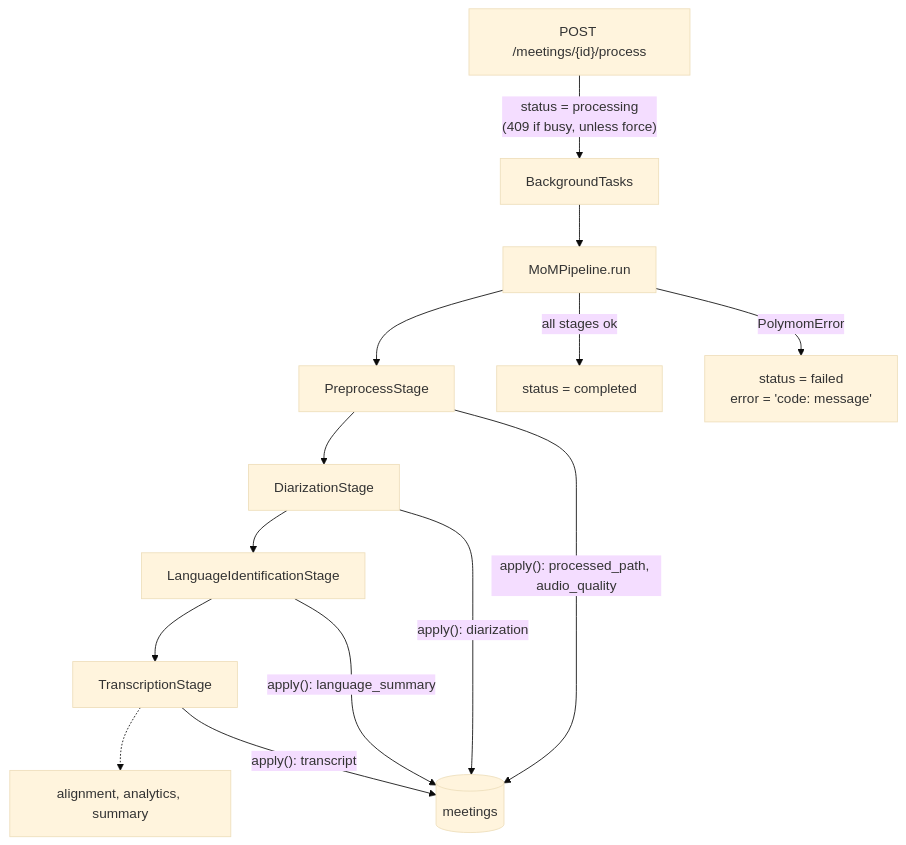
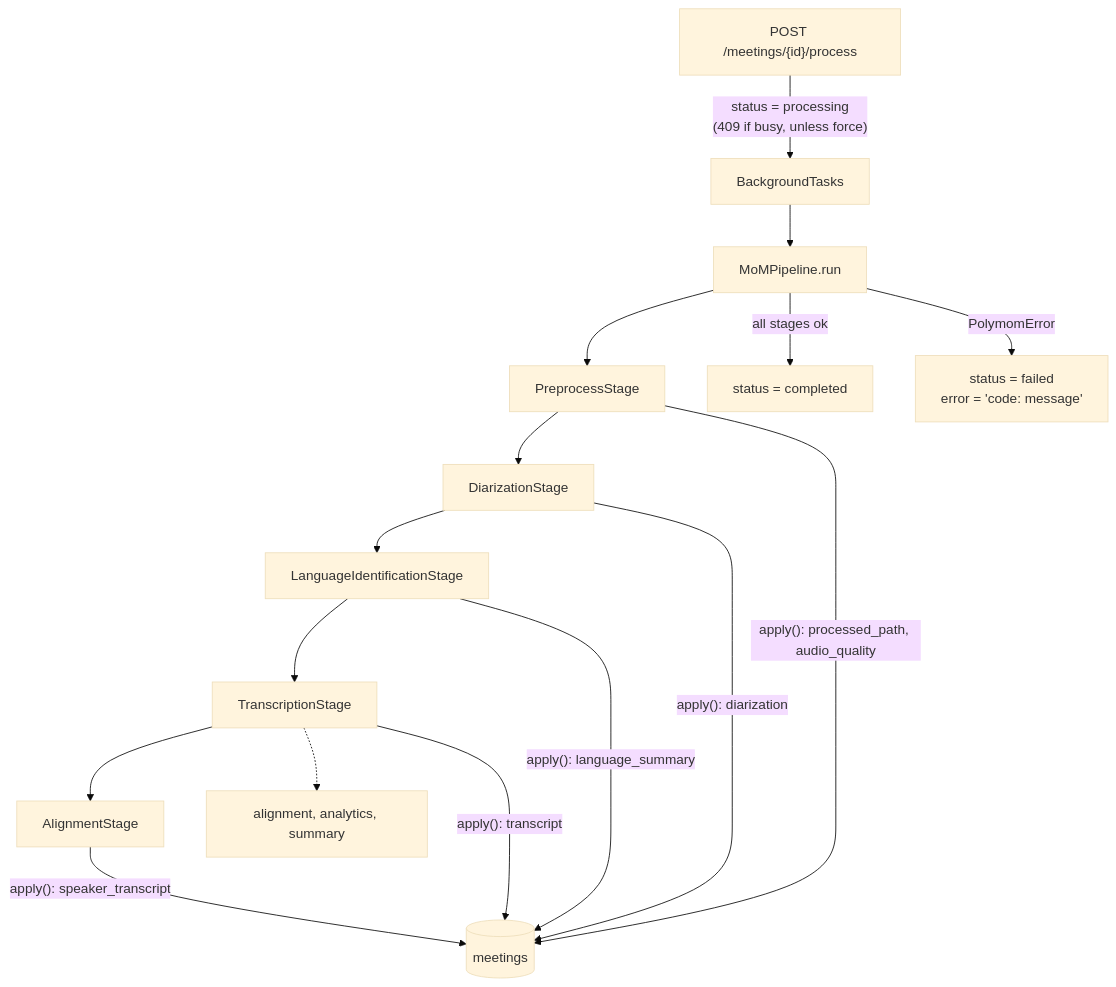
Before and after one commit to PrayasPanda/polymom: the second of 5 diagrams in README.md, drawn with Mermaid (base theme). The commit also changed other lines of this file and 23 other files, not shown here.

First line of the commit message:
Feat/speaker transcript alignment (#7)

````diff
--- a/README.md
+++ b/README.md
@@ -184,16 +187,18 @@
 ```mermaid
 flowchart TD
     API["POST /meetings/{id}/process"] -->|"status = processing<br/>(409 if busy, unless force)"| BG[BackgroundTasks]
     BG --> ORCH[MoMPipeline.run]
     ORCH --> S1[PreprocessStage]
     S1 --> S2[DiarizationStage]
     S2 --> SL[LanguageIdentificationStage]
     SL --> S3[TranscriptionStage]
+    S3 --> S4[AlignmentStage]
     S3 -.-> SN["alignment, analytics, summary"]
     S1 -->|"apply(): processed_path, audio_quality"| DB[(meetings)]
     S2 -->|"apply(): diarization"| DB
     SL -->|"apply(): language_summary"| DB
     S3 -->|"apply(): transcript"| DB
+    S4 -->|"apply(): speaker_transcript"| DB
     ORCH -->|"all stages ok"| DONE[status = completed]
     ORCH -->|"PolymomError"| FAIL["status = failed<br/>error = 'code: message'"]
 ```
````
